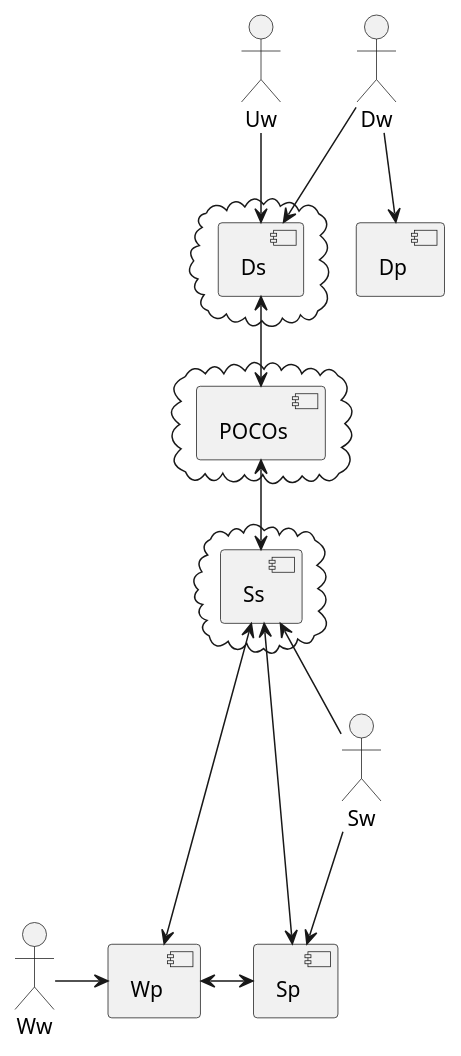
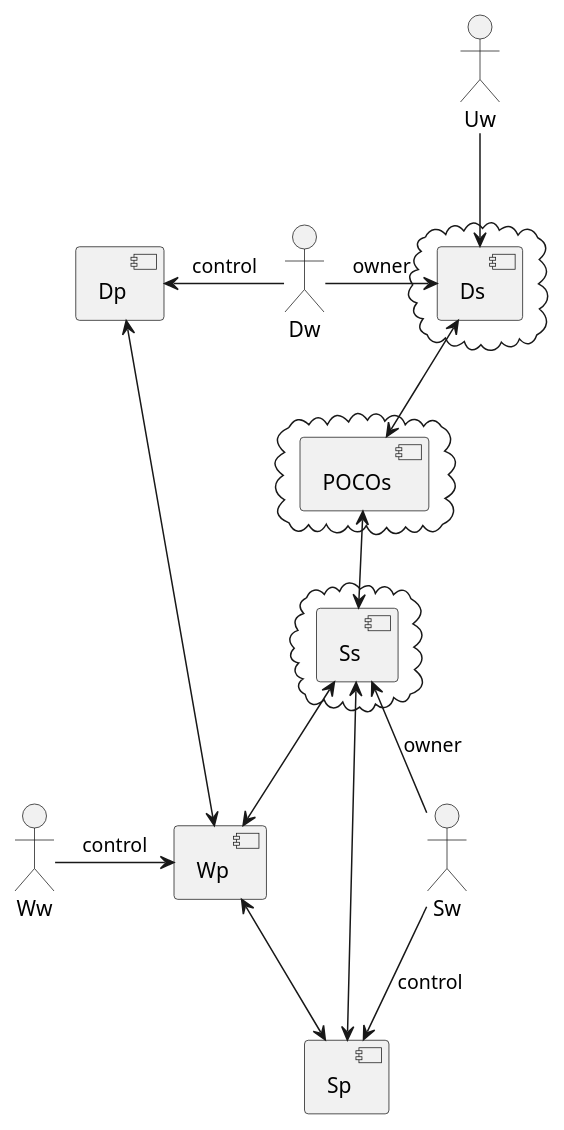
Before and after one commit to iExecBlockchainComputing/PoCo: the diagram in v2plan/contracts/V2ComponentVertical.puml, drawn with PlantUML. The commit also changed 1 other file, not shown here.

```diff
--- a/v2plan/contracts/V2ComponentVertical.puml
+++ b/v2plan/contracts/V2ComponentVertical.puml
@@ -1,51 +1,55 @@
 @startuml
 
 
 :Uw:
 
 :Dw:
 cloud {
   [Ds]
 }
 component [Ds]
 component [Dp]
 
 :Sw:
 cloud {
   [Ss]
 }
 
 component [Ss]
 component [Sp]
 
 :Ww:
 component [Wp]
 
 cloud {
   [POCOs]
 }
 component [POCOs]
 
 
 
 
 Uw -down-> [Ds]
-Dw --> [Ds]
-Dw --> Dp
-Sw -up-> [Ss]
-Sw -down-> [Sp]
+Dw -right-> [Ds]: owner
+Dw -left-> Dp: control
+Sw -up-> [Ss]: owner
+Sw -down-> [Sp]: control
 
 [Ds] <-down-> [POCOs]
 [POCOs] <-down-> [Ss]
 [Sp] <-up-> [Ss]
 [Wp] <-up-> [Ss]
 
-[Ww] -right-> [Wp]
+[Ww] -right-> [Wp]: control
 
 [Wp] <-right-> [Sp]
+
+
+[Wp] <-up-> [Dp]
+
 
 'missing link :  [Dp] <-> [Wp] . add mannualy on img because i do not succeed to layout it
 
 
 
 @enduml
```
